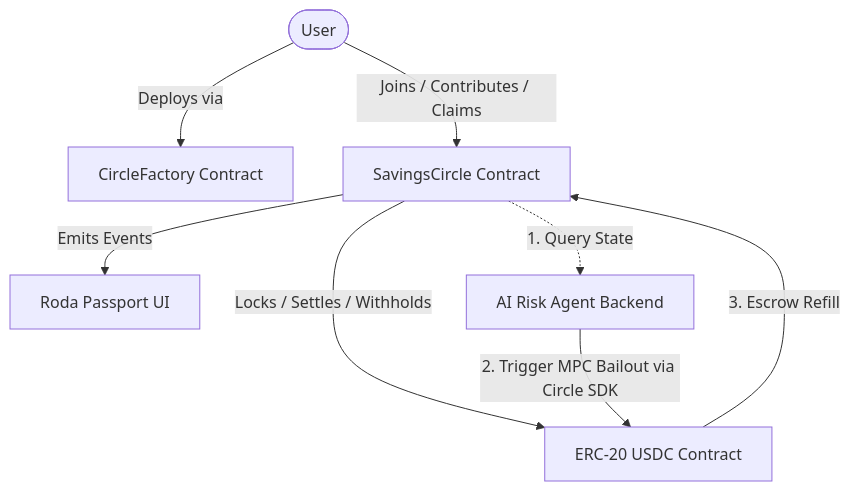
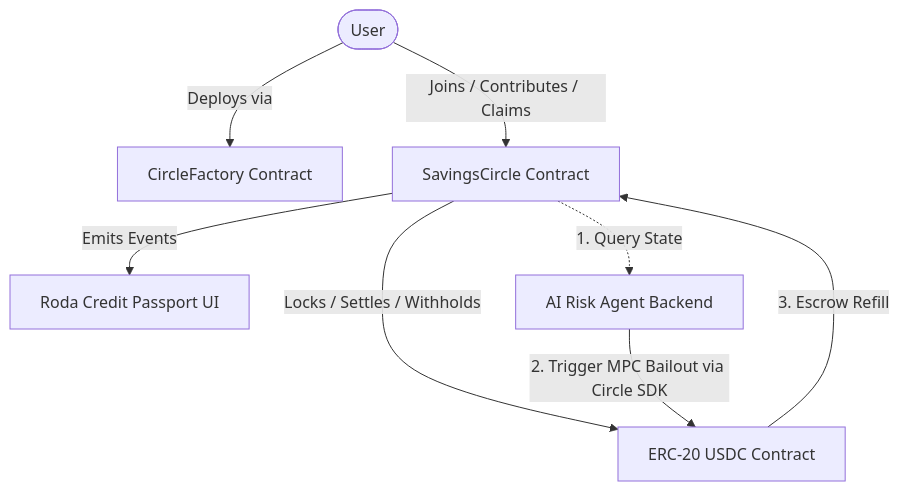
One commit to Lesnak1/Roda changed the diagram in README.md. Above: the diagram before and after it, drawn with Mermaid. The commit also changed other lines of this file and 2 other files, not shown here.

````diff
--- a/README.md
+++ b/README.md
@@ -36,18 +38,18 @@
 ```mermaid
 flowchart TD
     User([User])
     Factory[CircleFactory Contract]
     Circle[SavingsCircle Contract]
     USDC[ERC-20 USDC Contract]
-    Rep[Roda Passport UI]
+    Rep[Roda Credit Passport UI]
     AIAgent[AI Risk Agent Backend]
 
     User -->|Deploys via| Factory
     User -->|Joins / Contributes / Claims| Circle
     Circle -->|Locks / Settles / Withholds| USDC
     Circle -->|Emits Events| Rep
     
     Circle -.->|1. Query State| AIAgent
     AIAgent -->|2. Trigger MPC Bailout via Circle SDK| USDC
     USDC -->|3. Escrow Refill| Circle
 ```
````
